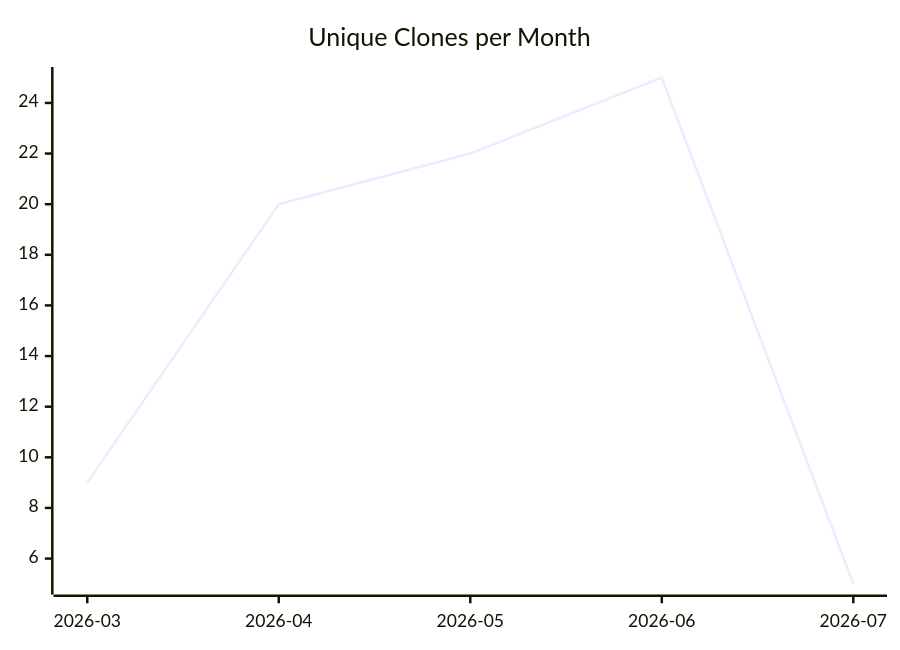
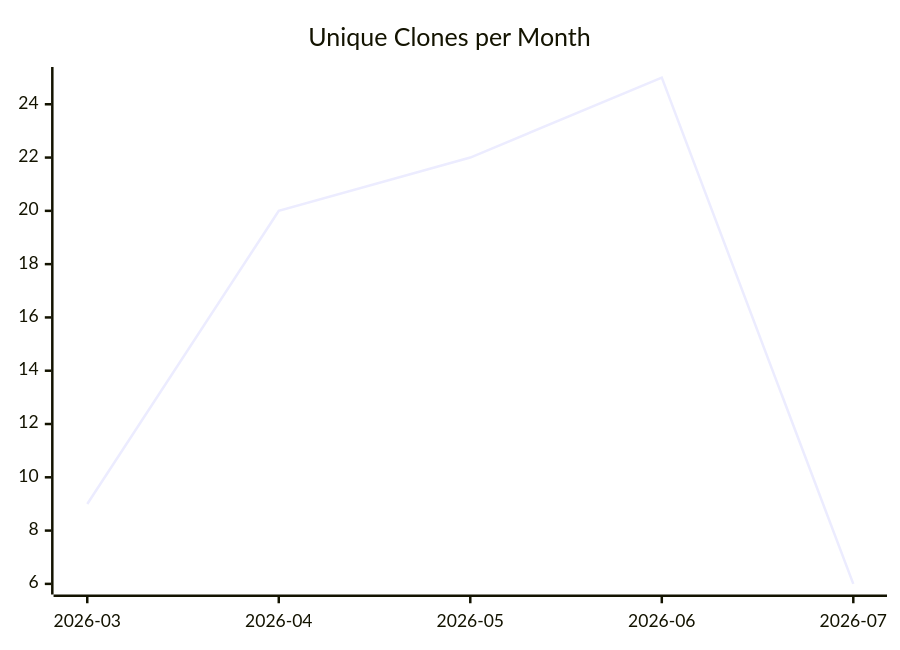
One commit to justdavis-family/github-analytics-data changed the third of 3 diagrams in karlmdavis/kxml2/README.md. Above: the diagram before and after it, drawn with Mermaid. The commit also changed other lines of this file and 182 other files, not shown here.

````diff
--- a/karlmdavis/kxml2/README.md
+++ b/karlmdavis/kxml2/README.md
@@ -19,6 +19,6 @@
 ```mermaid
 xychart-beta
   title "Unique Clones per Month"
   x-axis ["2026-03", "2026-04", "2026-05", "2026-06", "2026-07"]
-  line [9, 20, 22, 25, 5]
+  line [9, 20, 22, 25, 6]
 ```
````
